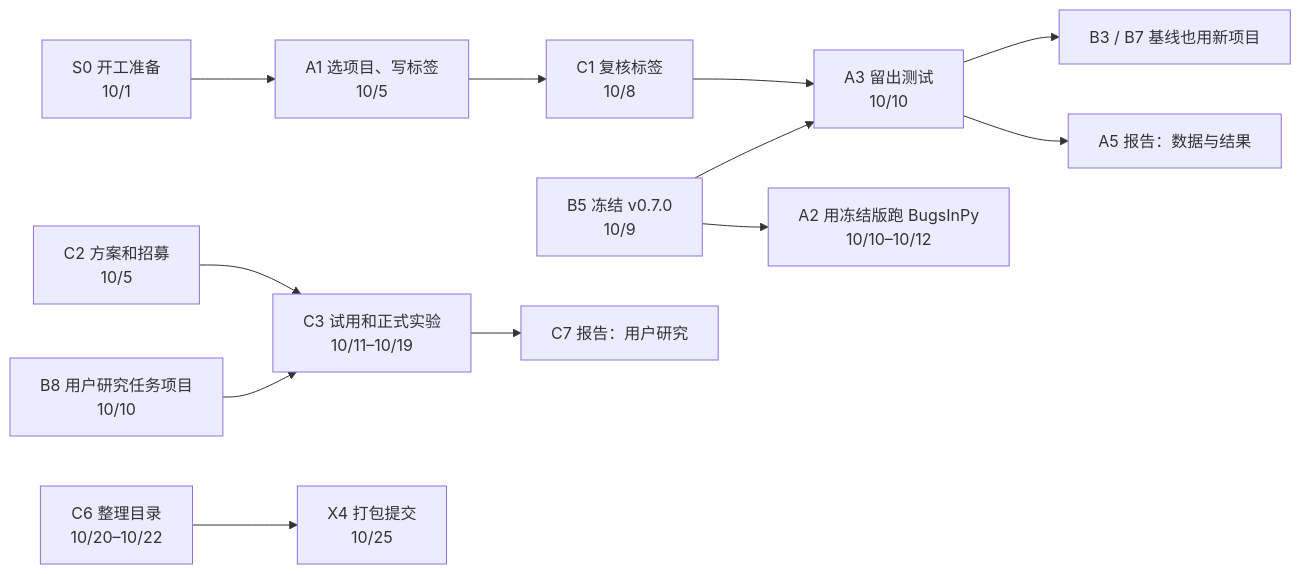
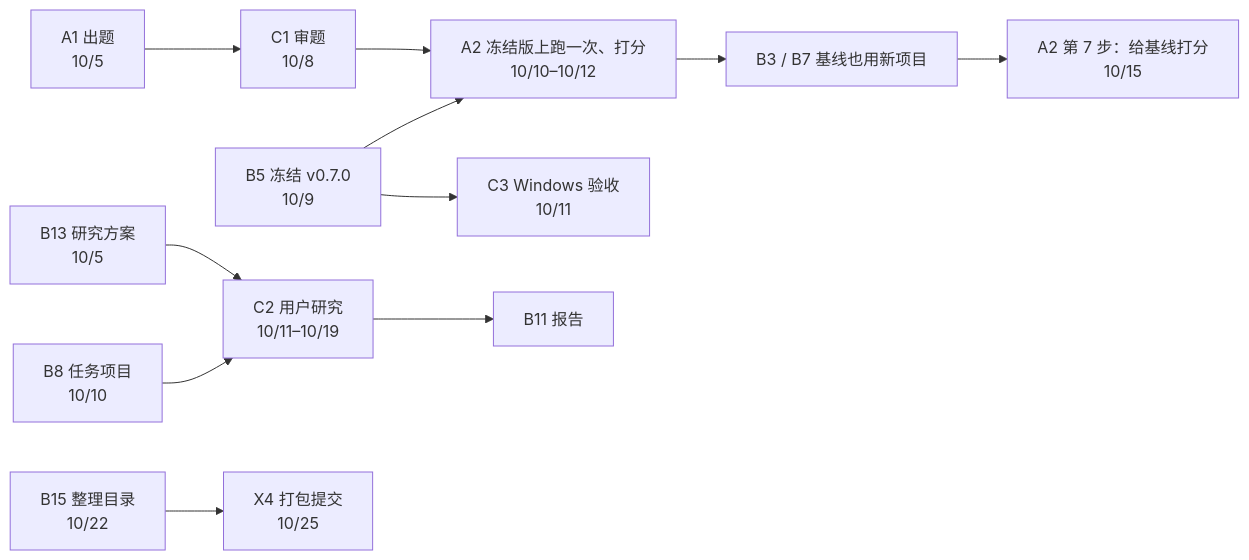
The diagram in docs/tasks/README.md (ZihangHe13123/FixFirst), drawn with Mermaid before and after one commit. The commit also changed other lines of this file and 23 other files, not shown here.

````diff
--- a/docs/tasks/README.md
+++ b/docs/tasks/README.md
@@ -61,11 +74,10 @@
 ```mermaid
 flowchart LR
-  S0["S0 开工准备<br/>10/1"] --> A1["A1 选项目、写标签<br/>10/5"] --> C1["C1 复核标签<br/>10/8"] --> A3["A3 留出测试<br/>10/10"]
-  B5["B5 冻结 v0.7.0<br/>10/9"] --> A3
-  B5 --> A2["A2 用冻结版跑 BugsInPy<br/>10/10–10/12"]
-  A3 --> B3["B3 / B7 基线也用新项目"]
-  A3 --> A5["A5 报告：数据与结果"]
-  C2["C2 方案和招募<br/>10/5"] --> C3["C3 试用和正式实验<br/>10/11–10/19"]
-  B8["B8 用户研究任务项目<br/>10/10"] --> C3 --> C7["C7 报告：用户研究"]
-  C6["C6 整理目录<br/>10/20–10/22"] --> X4["X4 打包提交<br/>10/25"]
+  A1["A1 出题<br/>10/5"] --> C1["C1 审题<br/>10/8"] --> A2["A2 冻结版上跑一次、打分<br/>10/10–10/12"]
+  B5["B5 冻结 v0.7.0<br/>10/9"] --> A2
+  A2 --> B3["B3 / B7 基线也用新项目"] --> A2s["A2 第 7 步：给基线打分<br/>10/15"]
+  B13["B13 研究方案<br/>10/5"] --> C2["C2 用户研究<br/>10/11–10/19"]
+  B8["B8 任务项目<br/>10/10"] --> C2 --> B11["B11 报告"]
+  B5 --> C3["C3 Windows 验收<br/>10/11"]
+  B15["B15 整理目录<br/>10/22"] --> X4["X4 打包提交<br/>10/25"]
 ```
````
